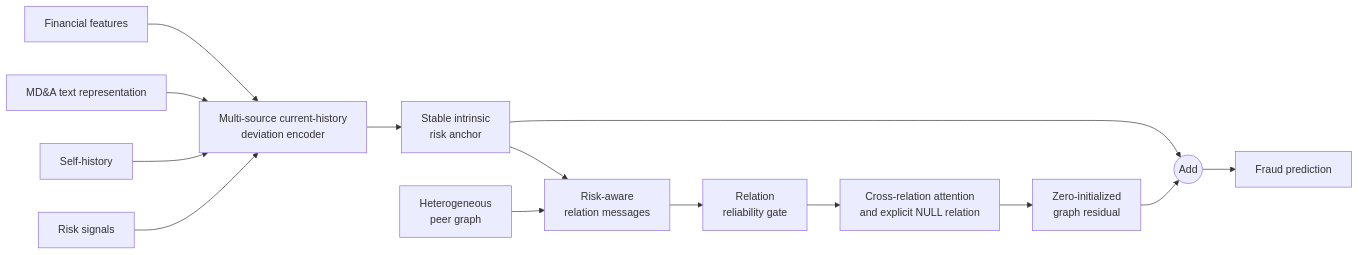
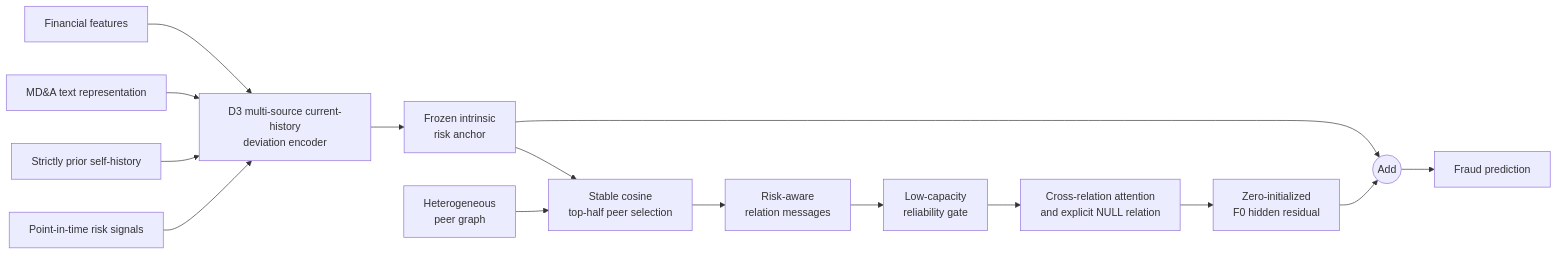
Before and after one commit to RookieZhou0617/risk-aware-financial-fraud-detection: the diagram in README.md, drawn with Mermaid. The commit also changed other lines of this file and 4 other files, not shown here.

````diff
--- a/README.md
+++ b/README.md
@@ -30,16 +33,17 @@
 ```mermaid
 flowchart LR
-    F["Financial features"] --> E["Multi-source current-history<br/>deviation encoder"]
+    F["Financial features"] --> E["D3 multi-source current-history<br/>deviation encoder"]
     T["MD&amp;A text representation"] --> E
-    H["Self-history"] --> E
-    R["Risk signals"] --> E
-    E --> A["Stable intrinsic<br/>risk anchor"]
-    A --> M["Risk-aware<br/>relation messages"]
-    G["Heterogeneous<br/>peer graph"] --> M
-    M --> Q["Relation<br/>reliability gate"]
+    H["Strictly prior self-history"] --> E
+    R["Point-in-time risk signals"] --> E
+    E --> A["Frozen intrinsic<br/>risk anchor"]
+    A --> K["Stable cosine<br/>top-half peer selection"]
+    G["Heterogeneous<br/>peer graph"] --> K
+    K --> M["Risk-aware<br/>relation messages"]
+    M --> Q["Low-capacity<br/>reliability gate"]
     Q --> C["Cross-relation attention<br/>and explicit NULL relation"]
-    C --> D["Zero-initialized<br/>graph residual"]
+    C --> D["Zero-initialized<br/>F0 hidden residual"]
     A --> S(("Add"))
     D --> S
     S --> P["Fraud prediction"]
 ```
````
